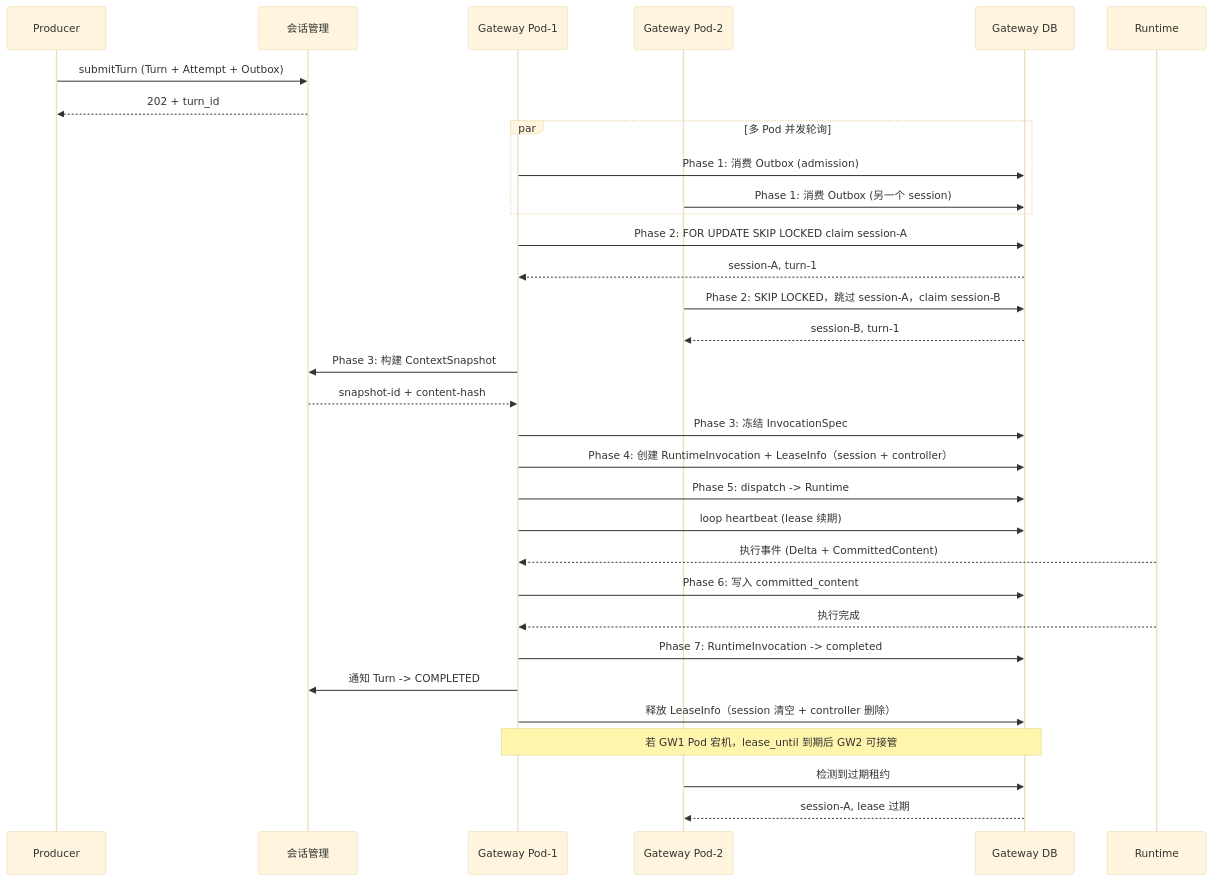
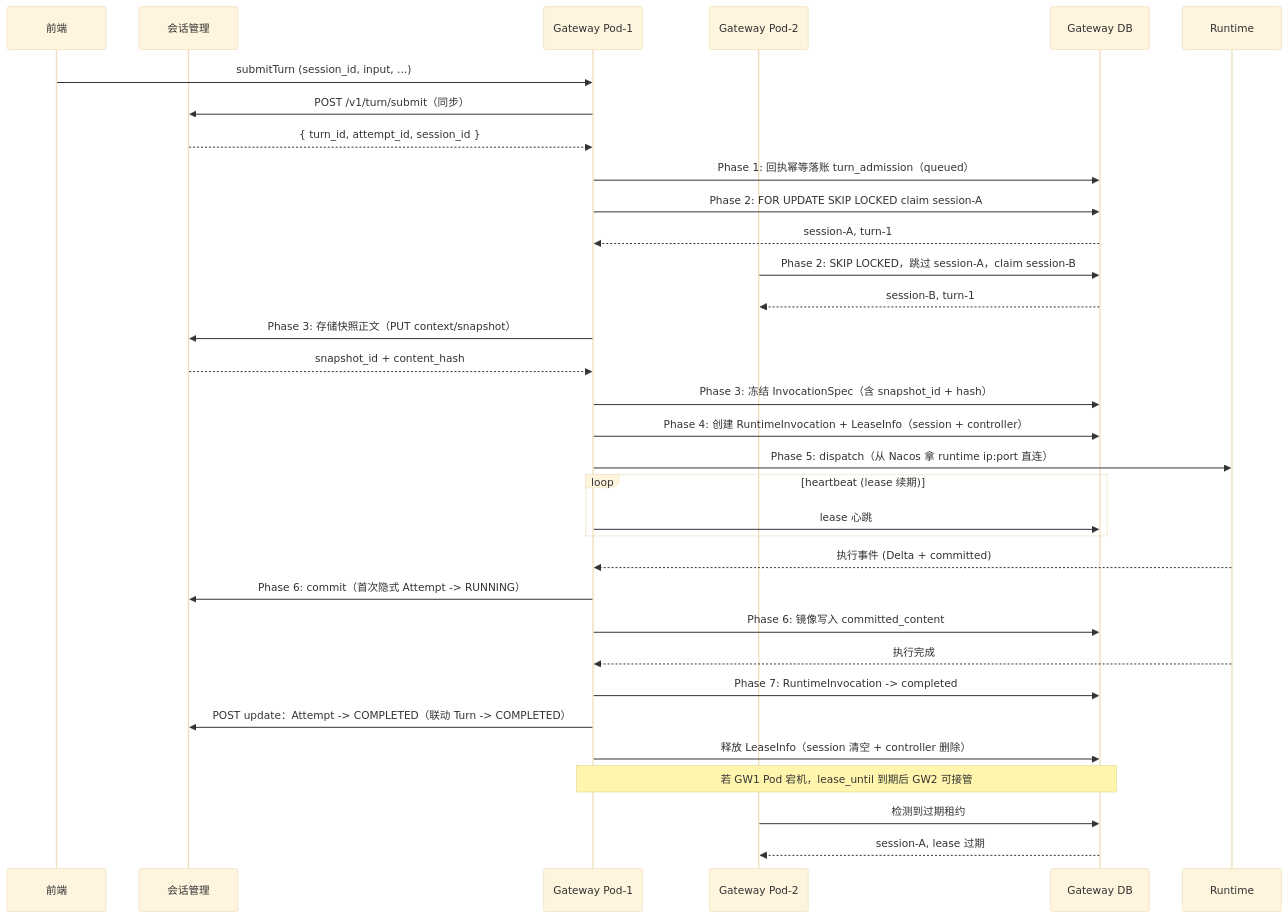
Before and after one commit to JamesLi-NLP/AgentGateway: the seventh of 8 diagrams in design/turn-scheduler-design.md, drawn with Mermaid (base theme). The commit also changed other lines of this file and 13 other files, not shown here.

````diff
--- a/design/turn-scheduler-design.md
+++ b/design/turn-scheduler-design.md
@@ -694,42 +809,42 @@
 ```mermaid
 sequenceDiagram
-    participant P as Producer
+    participant P as 前端
     participant SM as 会话管理
     participant GW1 as Gateway Pod-1
     participant GW2 as Gateway Pod-2
     participant DB as Gateway DB
     participant R as Runtime
 
-    P->>SM: submitTurn (Turn + Attempt + Outbox)
-    SM-->>P: 202 + turn_id
-
-    par 多 Pod 并发轮询
-        GW1->>DB: Phase 1: 消费 Outbox (admission)
-        GW2->>DB: Phase 1: 消费 Outbox (另一个 session)
-    end
+    P->>GW1: submitTurn (session_id, input, ...)
+    GW1->>SM: POST /v1/turn/submit（同步）
+    SM-->>GW1: { turn_id, attempt_id, session_id }
+    GW1->>DB: Phase 1: 回执幂等落账 turn_admission（queued）
 
     GW1->>DB: Phase 2: FOR UPDATE SKIP LOCKED claim session-A
     DB-->>GW1: session-A, turn-1
     GW2->>DB: Phase 2: SKIP LOCKED，跳过 session-A，claim session-B
     DB-->>GW2: session-B, turn-1
 
-    GW1->>SM: Phase 3: 构建 ContextSnapshot
-    SM-->>GW1: snapshot-id + content-hash
-    GW1->>DB: Phase 3: 冻结 InvocationSpec
+    GW1->>SM: Phase 3: 存储快照正文（PUT context/snapshot）
+    SM-->>GW1: snapshot_id + content_hash
+    GW1->>DB: Phase 3: 冻结 InvocationSpec（含 snapshot_id + hash）
 
     GW1->>DB: Phase 4: 创建 RuntimeInvocation + LeaseInfo（session + controller）
-    GW1->>DB: Phase 5: dispatch -> Runtime
-    GW1->>DB: loop heartbeat (lease 续期)
+    GW1->>R: Phase 5: dispatch（从 Nacos 拿 runtime ip:port 直连）
+    loop heartbeat (lease 续期)
+        GW1->>DB: lease 心跳
+    end
 
-    R-->>GW1: 执行事件 (Delta + CommittedContent)
-    GW1->>DB: Phase 6: 写入 committed_content
+    R-->>GW1: 执行事件 (Delta + committed)
+    GW1->>SM: Phase 6: commit（首次隐式 Attempt -> RUNNING）
+    GW1->>DB: Phase 6: 镜像写入 committed_content
 
     R-->>GW1: 执行完成
     GW1->>DB: Phase 7: RuntimeInvocation -> completed
-    GW1->>SM: 通知 Turn -> COMPLETED
+    GW1->>SM: POST update：Attempt -> COMPLETED（联动 Turn -> COMPLETED）
     GW1->>DB: 释放 LeaseInfo（session 清空 + controller 删除）
 
     Note over GW1,DB: 若 GW1 Pod 宕机，lease_until 到期后 GW2 可接管
     GW2->>DB: 检测到过期租约
     DB-->>GW2: session-A, lease 过期
 ```
````
